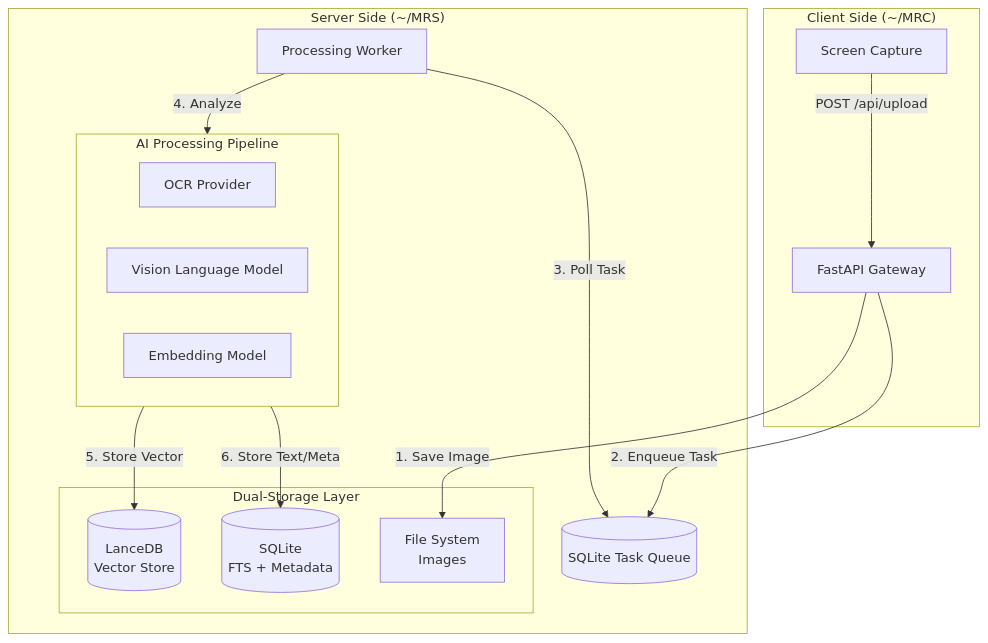
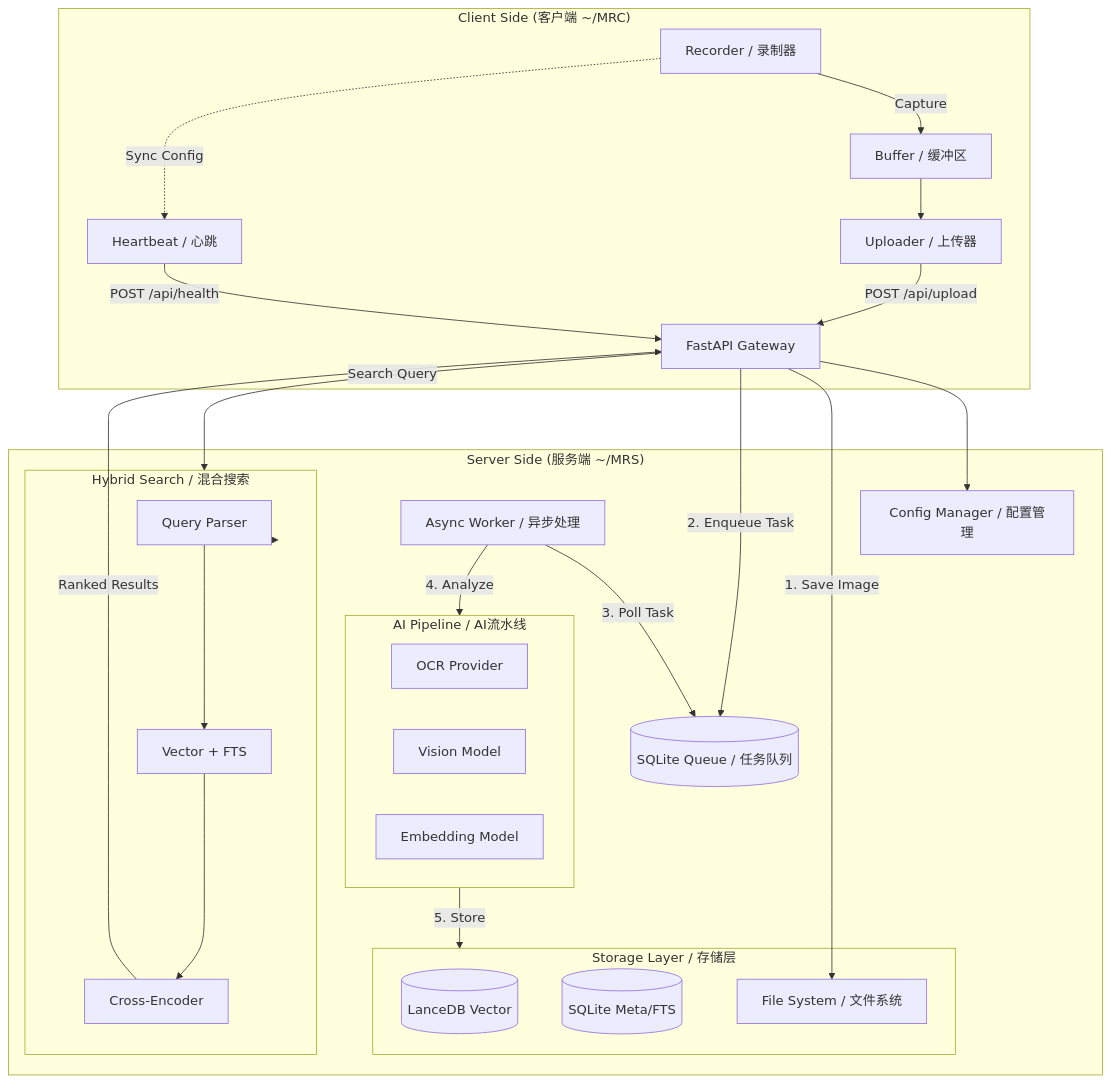
Before and after one commit to Xinm123/MyRecall: the first of 8 diagrams in openrecall/docs/MyRecall_V2_Analysis.md, drawn with Mermaid. The commit also changed other lines of this file and 4 other files, not shown here.

````diff
--- a/openrecall/docs/MyRecall_V2_Analysis.md
+++ b/openrecall/docs/MyRecall_V2_Analysis.md
@@ -9,33 +10,51 @@
 ```mermaid
 graph TD
-    subgraph Client ["Client Side (~/MRC)"]
-        Capture[Screen Capture] --> |POST /api/upload| API
+    subgraph Client ["Client Side (客户端 ~/MRC)"]
+        Recorder[Recorder / 录制器] --> |Capture| Buffer[Buffer / 缓冲区]
+        Recorder -.-> |Sync Config| Heartbeat[Heartbeat / 心跳]
+        Buffer --> Uploader[Uploader / 上传器]
+        Heartbeat --> |POST /api/health| API
+        Uploader --> |POST /api/upload| API
     end
 
-    subgraph Server ["Server Side (~/MRS)"]
+    subgraph Server ["Server Side (服务端 ~/MRS)"]
         API[FastAPI Gateway]
-        Queue[(SQLite Task Queue)]
-        Worker[Processing Worker]
+        Config[Config Manager / 配置管理]
+        Queue[(SQLite Queue / 任务队列)]
+        Worker[Async Worker / 异步处理]
         
-        subgraph AI_Engine [AI Processing Pipeline]
+        API --> Config
+        
+        subgraph AI_Engine [AI Pipeline / AI流水线]
             OCR[OCR Provider]
-            VLM[Vision Language Model]
+            VLM[Vision Model]
             Embed[Embedding Model]
         end
 
-        subgraph Storage [Dual-Storage Layer]
-            LanceDB[(LanceDB\nVector Store)]
-            SQLite[(SQLite\nFTS + Metadata)]
-            FS[File System\nImages]
+        subgraph Search_Engine [Hybrid Search / 混合搜索]
+            Parser[Query Parser]
+            Retriever[Vector + FTS]
+            Reranker[Cross-Encoder]
+        end
+
+        subgraph Storage [Storage Layer / 存储层]
+            LanceDB[(LanceDB Vector)]
+            SQLite[(SQLite Meta/FTS)]
+            FS[File System / 文件系统]
         end
     end
 
     API --> |1. Save Image| FS
     API --> |2. Enqueue Task| Queue
     
     Worker --> |3. Poll Task| Queue
     Worker --> |4. Analyze| AI_Engine
     
-    AI_Engine --> |5. Store Vector| LanceDB
-    AI_Engine --> |6. Store Text/Meta| SQLite
+    AI_Engine --> |5. Store| Storage
+
+    API --> |Search Query| Search_Engine
+    Search_Engine --> Parser
+    Parser --> Retriever
+    Retriever --> Reranker
+    Reranker --> |Ranked Results| API
 ```
````
